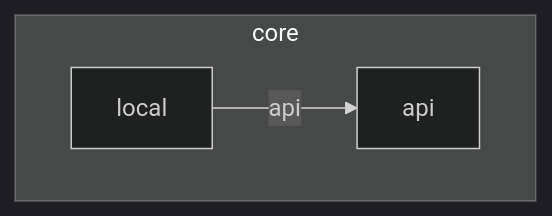
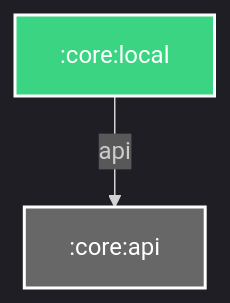
Before and after one commit to Dussim/cv-app: the diagram in core/local/README.md, drawn with Mermaid. The commit also changed 34 other files, not shown here.

````diff
--- a/core/local/README.md
+++ b/core/local/README.md
@@ -3,14 +3,16 @@
 ```mermaid
 %%{
   init: {
     'theme': 'dark'
   }
 }%%
 
 graph TB
-  subgraph core
-    api
-    local
-  end
-  local -- api --> api
+  :core:local -- api --> :core:api
+
+classDef android-library fill:#3BD482,stroke:#fff,stroke-width:2px,color:#fff;
+classDef unknown fill:#676767,stroke:#fff,stroke-width:2px,color:#fff;
+class :core:local android-library
+class :core:api unknown
+
 ```
````
